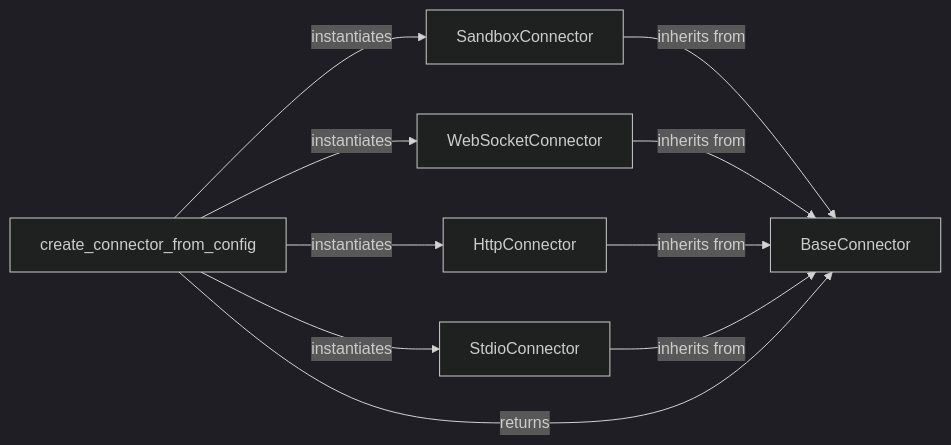
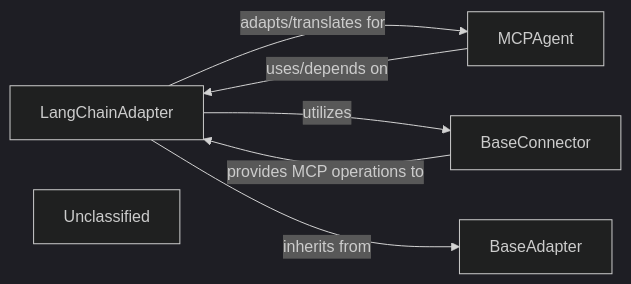
Before and after one commit to mcp-use/mcp-use: the third of 8 diagrams in docs/development/architecture.mdx, drawn with Mermaid (dark theme). The commit also changed other lines of this file and 29 other files, not shown here.

First line of the commit message:
docs: update codeboarding documentation and generate architecture

````diff
--- a/docs/development/architecture.mdx
+++ b/docs/development/architecture.mdx
@@ -177,18 +173,13 @@
 ```mermaid
 graph LR
+    LangChainAdapter["LangChainAdapter"]
     BaseConnector["BaseConnector"]
-    SandboxConnector["SandboxConnector"]
-    WebSocketConnector["WebSocketConnector"]
-    HttpConnector["HttpConnector"]
-    StdioConnector["StdioConnector"]
-    create_connector_from_config["create_connector_from_config"]
-    SandboxConnector -- "inherits from" --> BaseConnector
-    WebSocketConnector -- "inherits from" --> BaseConnector
-    HttpConnector -- "inherits from" --> BaseConnector
-    StdioConnector -- "inherits from" --> BaseConnector
-    create_connector_from_config -- "instantiates" --> SandboxConnector
-    create_connector_from_config -- "instantiates" --> WebSocketConnector
-    create_connector_from_config -- "instantiates" --> HttpConnector
-    create_connector_from_config -- "instantiates" --> StdioConnector
-    create_connector_from_config -- "returns" --> BaseConnector
+    MCPAgent["MCPAgent"]
+    BaseAdapter["BaseAdapter"]
+    Unclassified["Unclassified"]
+    LangChainAdapter -- "adapts/translates for" --> MCPAgent
+    LangChainAdapter -- "utilizes" --> BaseConnector
+    BaseConnector -- "provides MCP operations to" --> LangChainAdapter
+    MCPAgent -- "uses/depends on" --> LangChainAdapter
+    LangChainAdapter -- "inherits from" --> BaseAdapter
 ```
````
